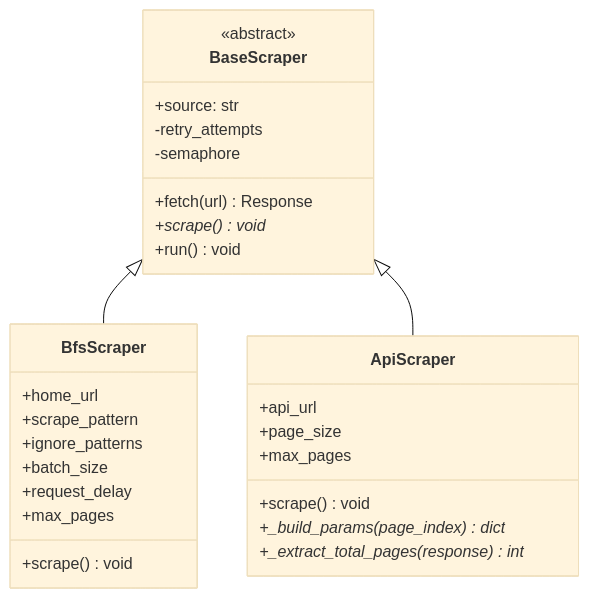
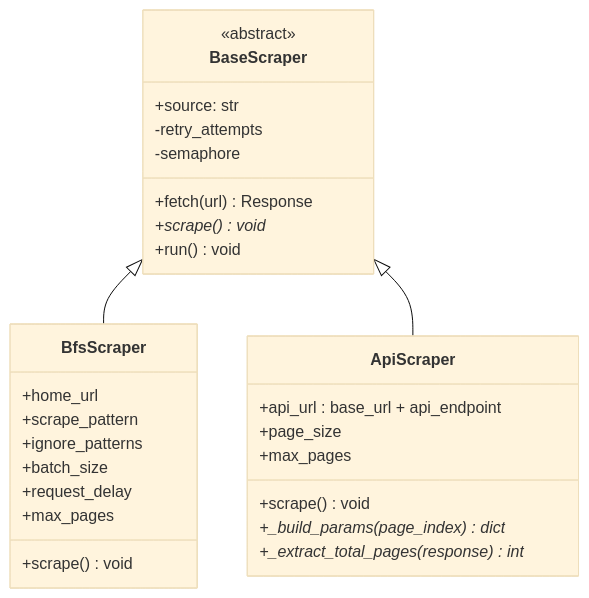
One commit to quanturtle/galactus changed the third of 3 diagrams in README.md. Above: the diagram before and after it, drawn with Mermaid (base theme). The commit also changed other lines of this file, not shown here.

````diff
--- a/README.md
+++ b/README.md
@@ -118,34 +128,34 @@
 ```mermaid
 classDiagram
     class BaseScraper {
         <<abstract>>
         +source: str
         +fetch(url) Response
         +scrape()* void
         +run() void
         -retry_attempts
         -semaphore
     }
 
     class BfsScraper {
         +home_url
         +scrape_pattern
         +ignore_patterns
         +batch_size
         +request_delay
         +max_pages
         +scrape() void
     }
 
     class ApiScraper {
-        +api_url
+        +api_url : base_url + api_endpoint
         +page_size
         +max_pages
         +scrape() void
         +_build_params(page_index)* dict
         +_extract_total_pages(response)* int
     }
 
     BaseScraper <|-- BfsScraper
     BaseScraper <|-- ApiScraper
 ```
````
